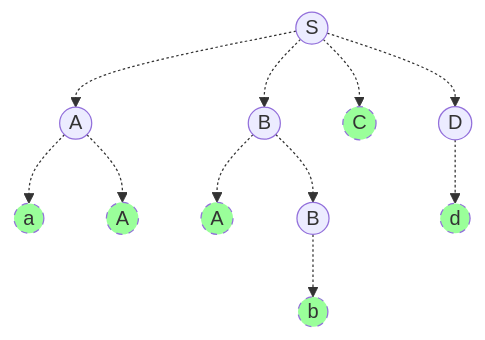
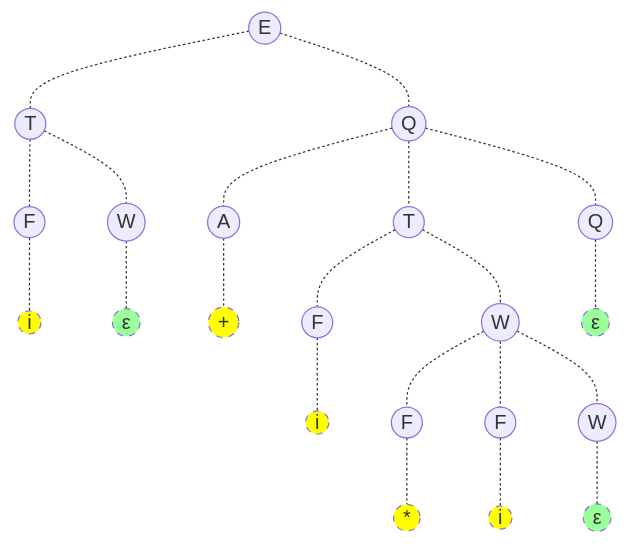
One commit to huangwei-git/Compilation-principle changed the diagram in LL1/resources/grammarTree.md. Above: the diagram before and after it, drawn with Mermaid. The commit also changed 5 other files, not shown here.

````diff
--- a/LL1/resources/grammarTree.md
+++ b/LL1/resources/grammarTree.md
@@ -1,19 +1,33 @@
 ```mermaid
 graph TB
-S0((S))-.->A0((A))
-A0((A))-.->a0((a))
-style a0 fill:#9AFF9A,stroke-dasharray: 5 5
-A0((A))-.->A1((A))
-style A1 fill:#9AFF9A,stroke-dasharray: 5 5
-S0((S))-.->B0((B))
-B0((B))-.->A2((A))
-style A2 fill:#9AFF9A,stroke-dasharray: 5 5
-B0((B))-.->B1((B))
-B1((B))-.->b0((b))
-style b0 fill:#9AFF9A,stroke-dasharray: 5 5
-S0((S))-.->C0((C))
-style C0 fill:#9AFF9A,stroke-dasharray: 5 5
-S0((S))-.->D0((D))
-D0((D))-.->d0((d))
-style d0 fill:#9AFF9A,stroke-dasharray: 5 5
+E0((E))-.-T0((T))
+T0((T))-.-F0((F))
+F0((F))-.-i0((i))
+style i0 fill:#FFFF00,stroke-dasharray: 5 5
+T0((T))-.-W0((W))
+W0((W))-.-ε0((ε))
+style ε0 fill:#9AFF9A,stroke-dasharray: 5 5
+E0((E))-.-Q0((Q))
+Q0((Q))-.-A0((A))
+A0((A))-.-+0((+))
+style +0 fill:#FFFF00,stroke-dasharray: 5 5
+Q0((Q))-.-T2((T))
+T2((T))-.-F2((F))
+F2((F))-.-i2((i))
+style i2 fill:#FFFF00,stroke-dasharray: 5 5
+T2((T))-.-W2((W))
+W2((W))-.-F4((F))
+F4((F))-.-*0((*))
+style *0 fill:#FFFF00,stroke-dasharray: 5 5
+W2((W))-.-F6((F))
+F6((F))-.-i4((i))
+style i4 fill:#FFFF00,stroke-dasharray: 5 5
+W2((W))-.-W3((W))
+W3((W))-.-ε1((ε))
+style ε1 fill:#9AFF9A,stroke-dasharray: 5 5
+Q0((Q))-.-Q1((Q))
+Q1((Q))-.-ε2((ε))
+style ε2 fill:#9AFF9A,stroke-dasharray: 5 5
+
+
 ```
````
